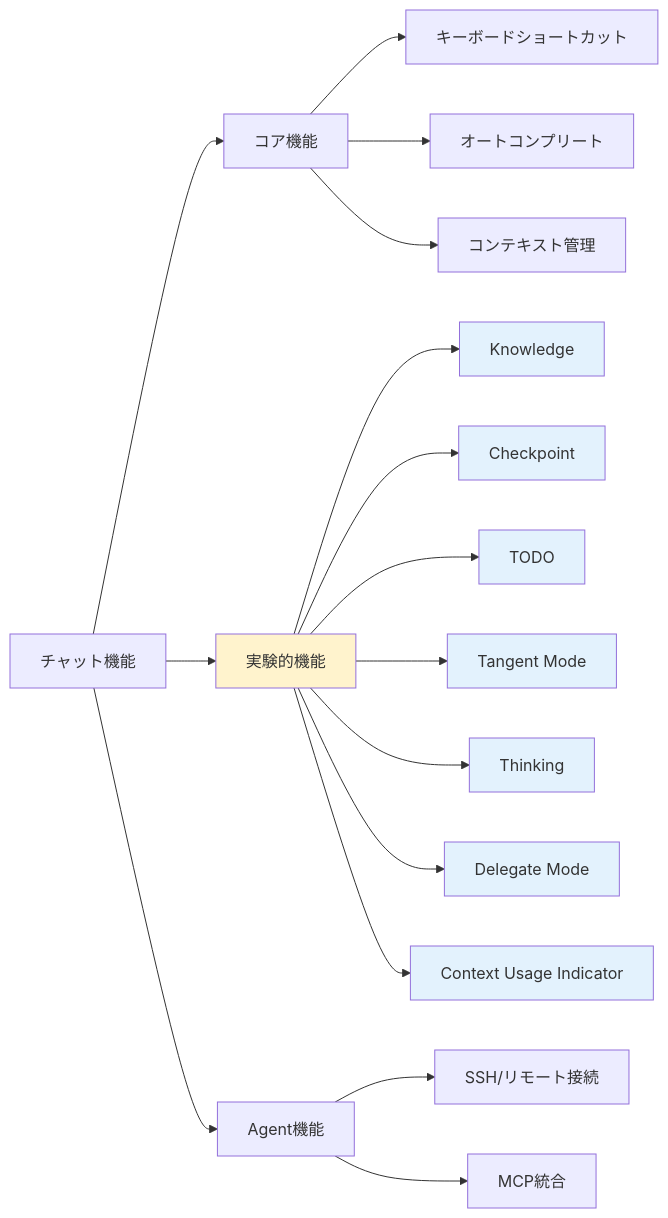
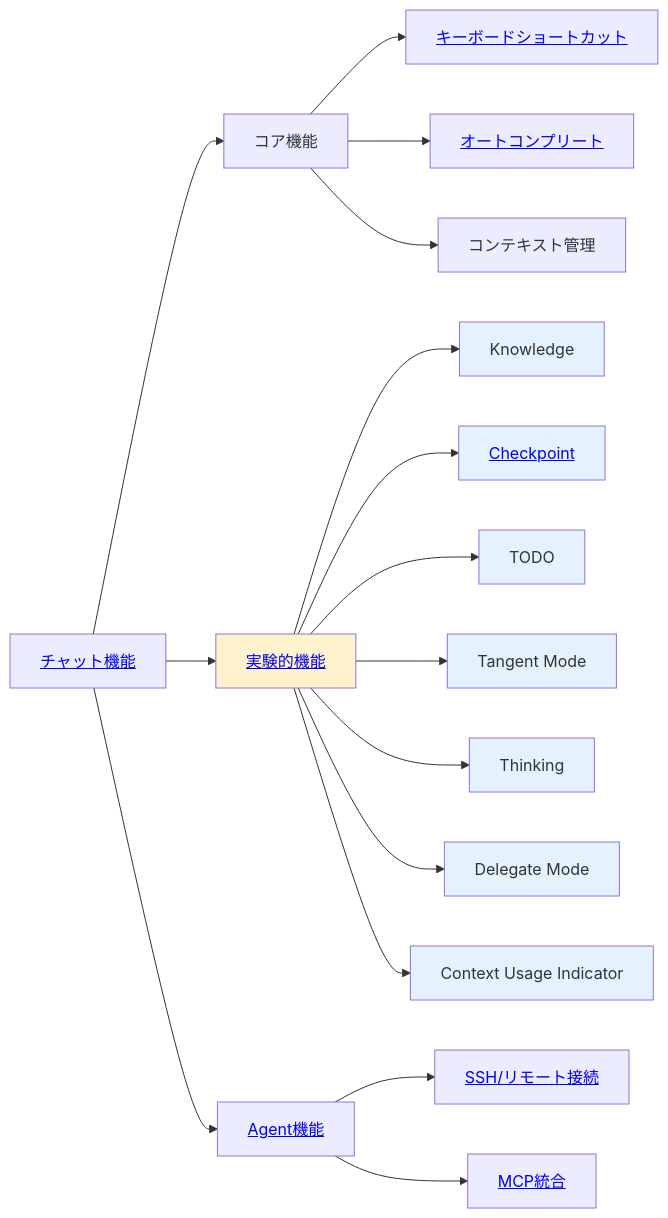
One commit to kamogashira-sys/q-cli-docs changed the diagram in docs/01_for-users/02_features/README.md. Above: the diagram before and after it, drawn with Mermaid.

Commit message:
feat: 機能関係図にクリックリンクを追加
対応するドキュメントが存在する機能にリンクを追加:
- チャット機能 → 01_chat.md
- Agent機能 → 02_agents.md
- 実験的機能 → 07_experimental.md
- キーボードショートカット → 04_keyboard-shortcuts.md
- オートコンプリート → 03_autocomplete.md
- Checkpoint → 05_checkpoints.md
- SSH/リモート接続 → 06_ssh-remote.md
- MCP統合 → ../03_configuration/06_mcp-configuration.md

````diff
--- a/docs/01_for-users/02_features/README.md
+++ b/docs/01_for-users/02_features/README.md
@@ -44,30 +44,30 @@
 ```mermaid
 graph LR
-    Chat[チャット機能] --> Core[コア機能]
-    Chat --> Exp[実験的機能]
-    Chat --> Agent[Agent機能]
+    Chat["<a href='01_chat.md'>チャット機能</a>"] --> Core[コア機能]
+    Chat --> Exp["<a href='07_experimental.md'>実験的機能</a>"]
+    Chat --> Agent["<a href='02_agents.md'>Agent機能</a>"]
     
-    Core --> Keyboard[キーボードショートカット]
-    Core --> Autocomplete[オートコンプリート]
+    Core --> Keyboard["<a href='04_keyboard-shortcuts.md'>キーボードショートカット</a>"]
+    Core --> Autocomplete["<a href='03_autocomplete.md'>オートコンプリート</a>"]
     Core --> Context[コンテキスト管理]
     
     Exp --> Knowledge[Knowledge]
-    Exp --> Checkpoint[Checkpoint]
+    Exp --> Checkpoint["<a href='05_checkpoints.md'>Checkpoint</a>"]
     Exp --> TODO[TODO]
     Exp --> Tangent[Tangent Mode]
     Exp --> Thinking[Thinking]
     Exp --> Delegate[Delegate Mode]
     Exp --> ContextUsage[Context Usage Indicator]
     
-    Agent --> SSH[SSH/リモート接続]
-    Agent --> MCP[MCP統合]
+    Agent --> SSH["<a href='06_ssh-remote.md'>SSH/リモート接続</a>"]
+    Agent --> MCP["<a href='../03_configuration/06_mcp-configuration.md'>MCP統合</a>"]
     
     style Exp fill:#fff3cd
     style Knowledge fill:#e3f2fd
     style Checkpoint fill:#e3f2fd
     style TODO fill:#e3f2fd
     style Tangent fill:#e3f2fd
     style Thinking fill:#e3f2fd
     style Delegate fill:#e3f2fd
     style ContextUsage fill:#e3f2fd
 ```
````
